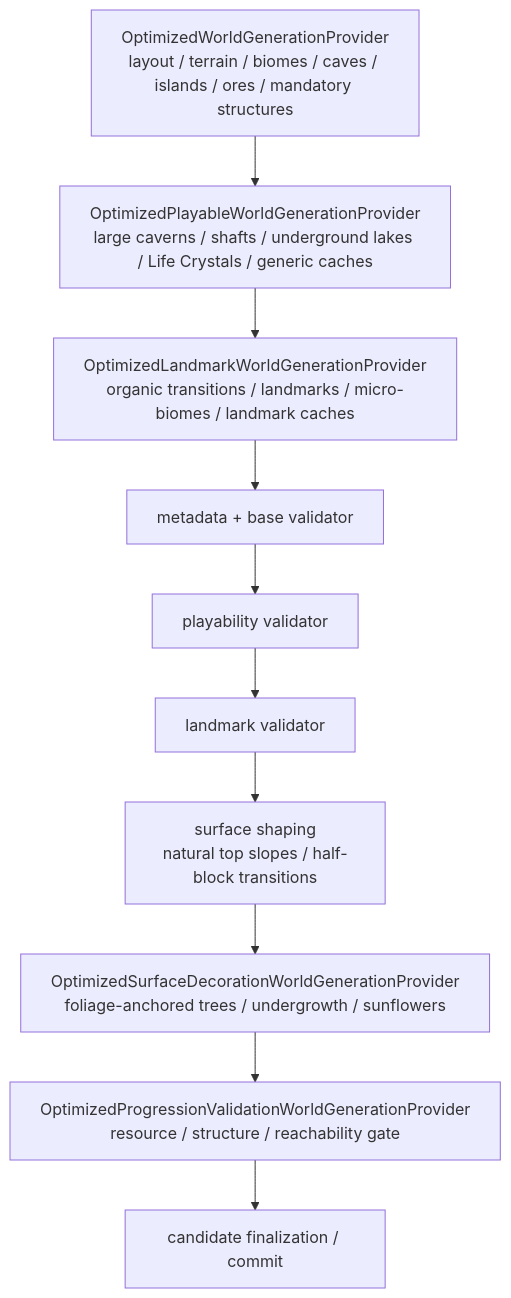
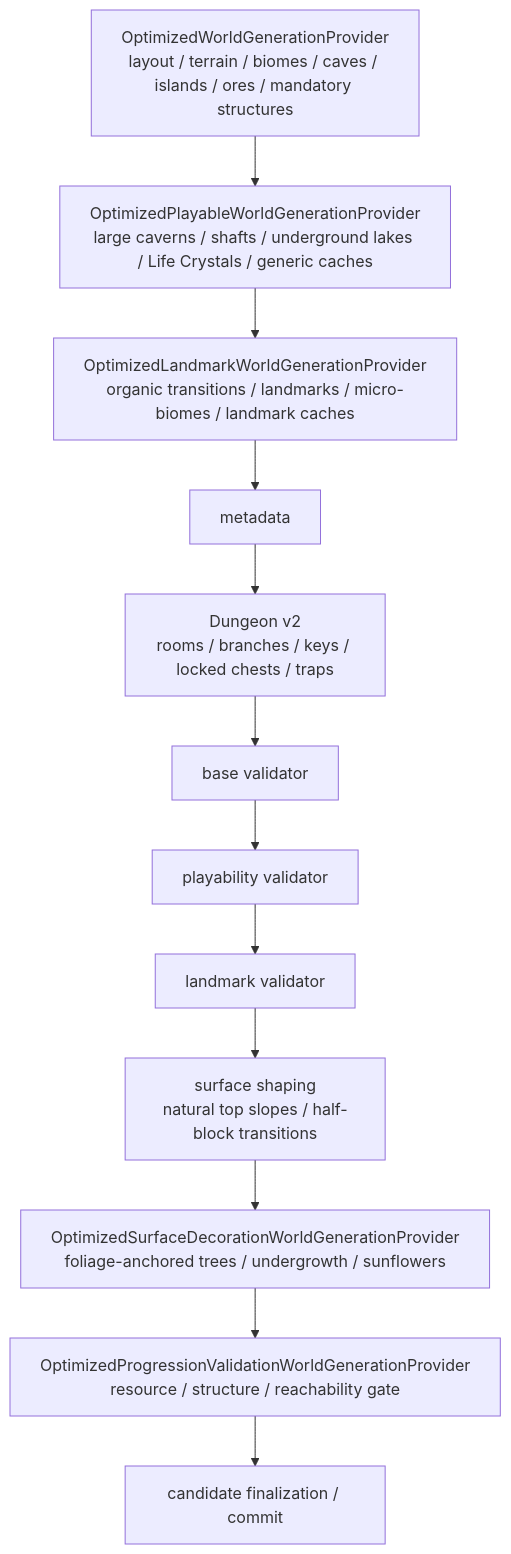
The diagram in docs/en/optimized-world-generation.md (VegaKernel/TerraRuntime), drawn with Mermaid before and after one commit. The commit also changed other lines of this file, not shown here.

Commit message:
Document optimized dungeon v2 progression

````diff
--- a/docs/en/optimized-world-generation.md
+++ b/docs/en/optimized-world-generation.md
@@ -24,15 +24,17 @@
 ```mermaid
 flowchart TD
     Base["OptimizedWorldGenerationProvider<br/>layout / terrain / biomes / caves / islands / ores / mandatory structures"]
     Play["OptimizedPlayableWorldGenerationProvider<br/>large caverns / shafts / underground lakes / Life Crystals / generic caches"]
     Land["OptimizedLandmarkWorldGenerationProvider<br/>organic transitions / landmarks / micro-biomes / landmark caches"]
-    Meta["metadata + base validator"]
+    Meta["metadata"]
+    Dng["Dungeon v2<br/>rooms / branches / keys / locked chests / traps"]
+    BVal["base validator"]
     PVal["playability validator"]
     LVal["landmark validator"]
     Shape["surface shaping<br/>natural top slopes / half-block transitions"]
     Surf["OptimizedSurfaceDecorationWorldGenerationProvider<br/>foliage-anchored trees / undergrowth / sunflowers"]
     Prog["OptimizedProgressionValidationWorldGenerationProvider<br/>resource / structure / reachability gate"]
     Commit["candidate finalization / commit"]
 
-    Base --> Play --> Land --> Meta --> PVal --> LVal --> Shape --> Surf --> Prog --> Commit
+    Base --> Play --> Land --> Meta --> Dng --> BVal --> PVal --> LVal --> Shape --> Surf --> Prog --> Commit
 ```
````
